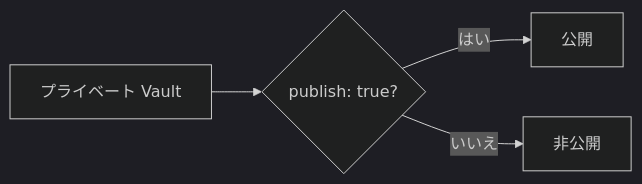
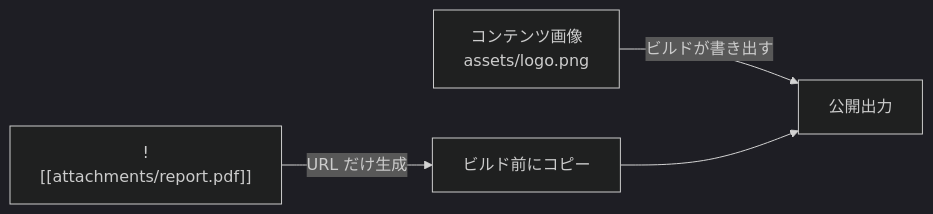
One commit to Rerurate514/riebeckite changed the second of 5 diagrams in docs/docs/guides/deployment/separate-content-repository/publishing.ja.md. Above: the diagram before and after it, drawn with Mermaid (dark theme). The commit also changed other lines of this file and 133 other files, not shown here.

````diff
--- a/docs/docs/guides/deployment/separate-content-repository/publishing.ja.md
+++ b/docs/docs/guides/deployment/separate-content-repository/publishing.ja.md
@@ -22,9 +77,9 @@
 ```mermaid
 flowchart LR
-    Vault["プライベート Vault"]
-    Publish{"publish: true?"}
+    Image["コンテンツ画像<br/>assets/logo.png"]
+    Attach["![[attachments/report.pdf]]"]
 
-    Vault --> Publish
-    Publish -->|"はい"| Public["公開"]
-    Publish -->|"いいえ"| NotPublic["非公開"]
+    Image -->|"ビルドが書き出す"| Output["公開出力"]
+    Attach -->|"URL だけ生成"| Prebuild["ビルド前にコピー"]
+    Prebuild --> Output
 ```
````
